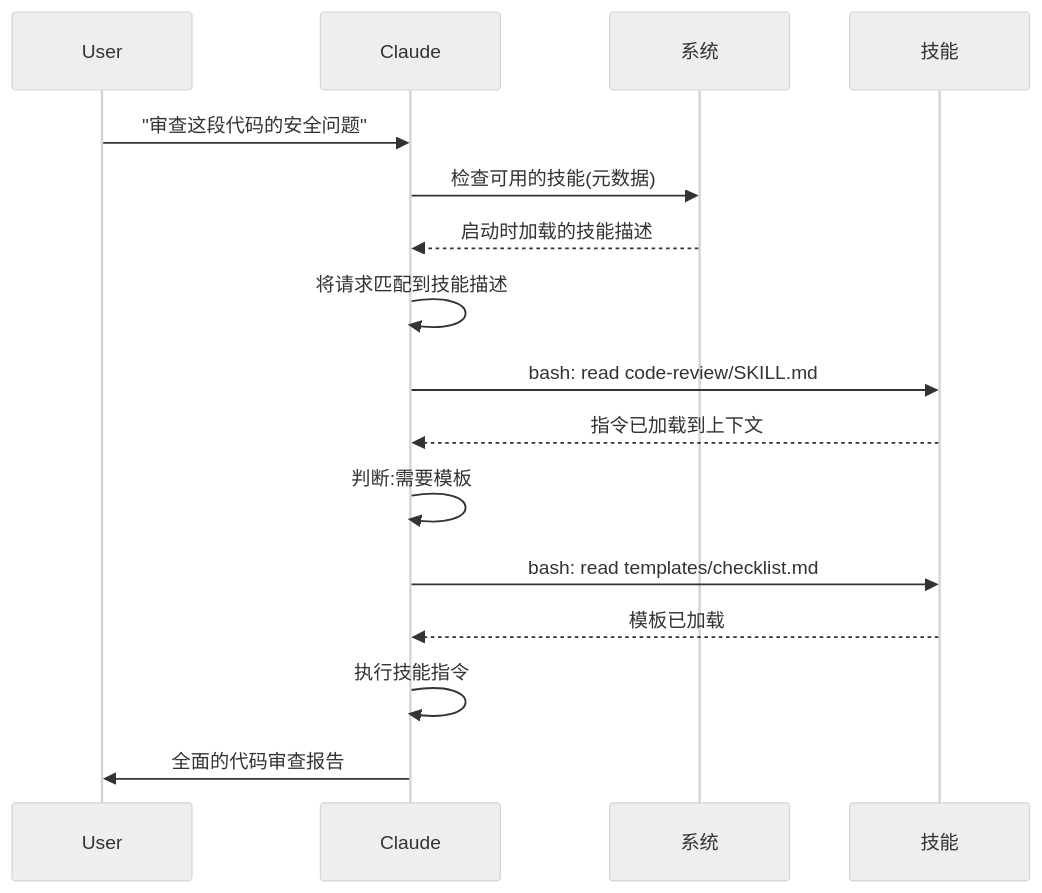
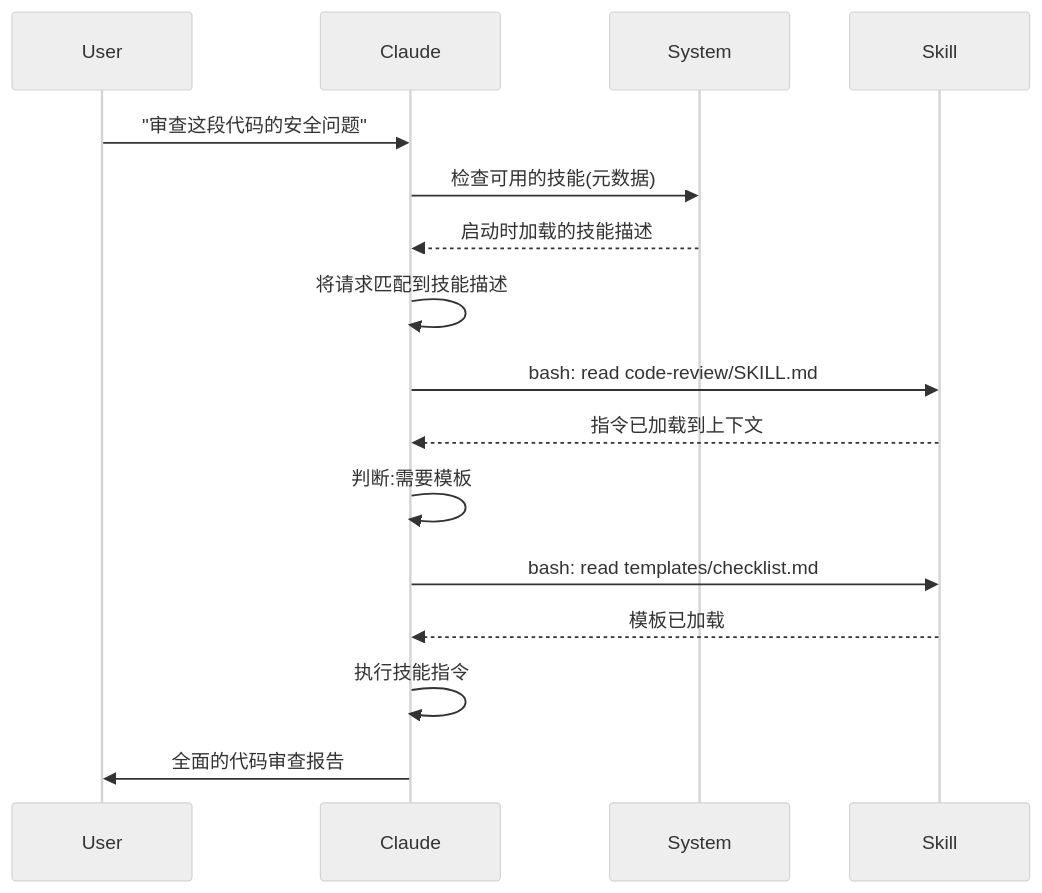
One commit to Rx782-Fss/claude-howto-zh changed the second of 2 diagrams in claude-howto-zh/03-skills/README.md. Above: the diagram before and after it, drawn with Mermaid (neutral theme). The commit also changed 3 other files, not shown here.

First line of the commit message:
fix: 清除 sequenceDiagram 中 29处 as 中文别名

````diff
--- a/claude-howto-zh/03-skills/README.md
+++ b/claude-howto-zh/03-skills/README.md
@@ -66,19 +66,19 @@
 ```mermaid
 sequenceDiagram
     participant User
     participant Claude as Claude
-    participant System as 系统
-    participant Skill as 技能
+    participant System as System
+    participant Skill as Skill
 
     User->>Claude: "审查这段代码的安全问题"
     Claude->>System: 检查可用的技能(元数据)
     System-->>Claude: 启动时加载的技能描述
     Claude->>Claude: 将请求匹配到技能描述
     Claude->>Skill: bash: read code-review/SKILL.md
     Skill-->>Claude: 指令已加载到上下文
     Claude->>Claude: 判断:需要模板
     Claude->>Skill: bash: read templates/checklist.md
     Skill-->>Claude: 模板已加载
     Claude->>Claude: 执行技能指令
     Claude->>User: 全面的代码审查报告
 ```
````
